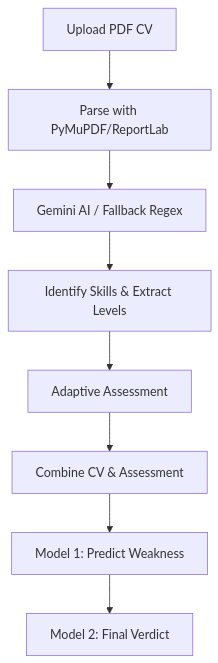
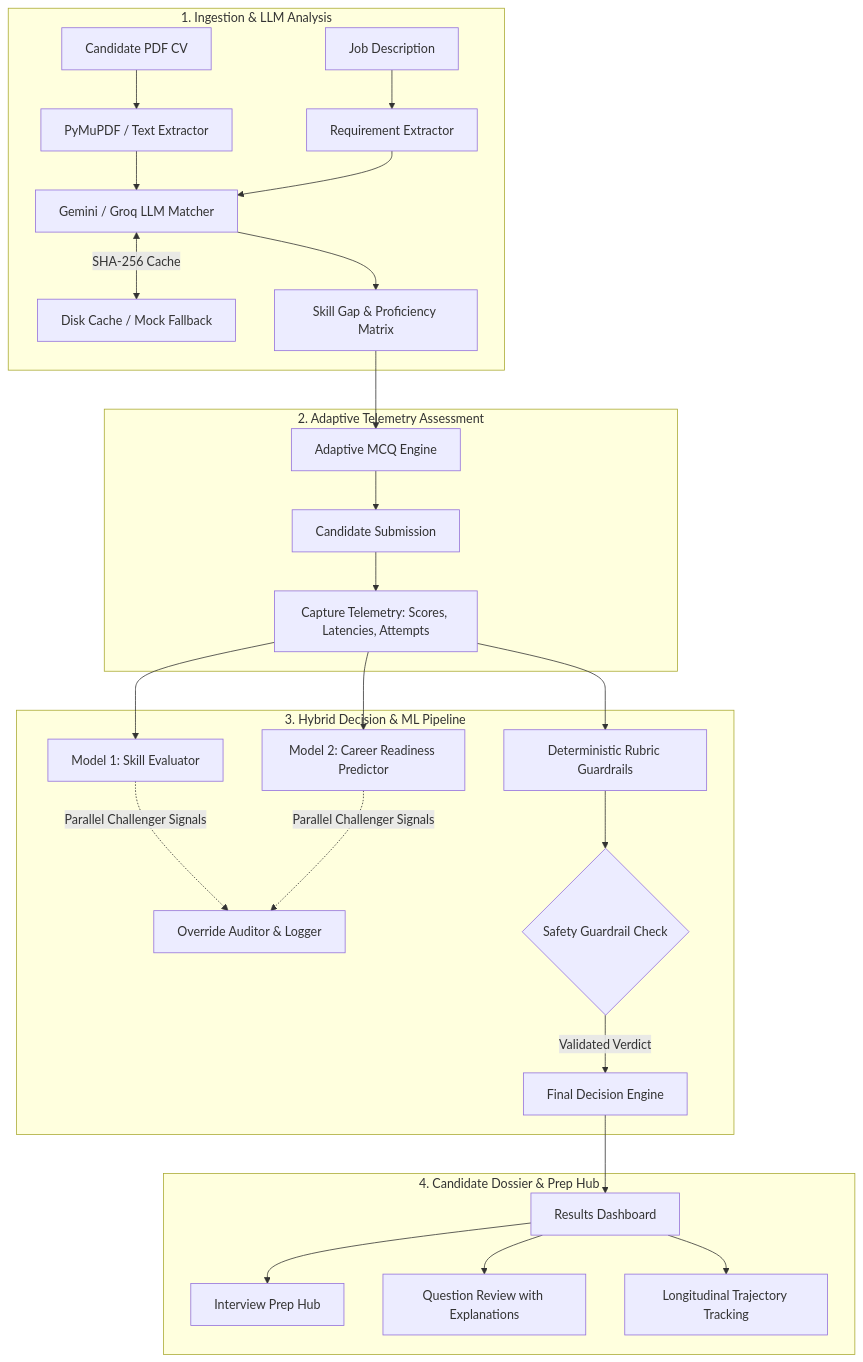
One commit to senu003/career-skill-platform changed the diagram in README.md. Above: the diagram before and after it, drawn with Mermaid. The commit also changed other lines of this file and 52 other files, not shown here.

Commit message:
feat: complete skill match table, interview prep hub, assessment review flow, and migration runner hardening

````diff
--- a/README.md
+++ b/README.md
@@ -55,10 +72,32 @@
 ```mermaid
 graph TD
-    A[Upload PDF CV] --> B[Parse with PyMuPDF/ReportLab]
-    B --> C[Gemini AI / Fallback Regex]
-    C --> D[Identify Skills & Extract Levels]
-    D --> E[Adaptive Assessment]
-    E --> F[Combine CV & Assessment]
-    F --> G[Model 1: Predict Weakness]
-    G --> H[Model 2: Final Verdict]
+    subgraph Ingestion ["1. Ingestion & LLM Analysis"]
+        A[Candidate PDF CV] --> B[PyMuPDF / Text Extractor]
+        C[Job Description] --> D[Requirement Extractor]
+        B & D --> E[Gemini / Groq LLM Matcher]
+        E <-->|SHA-256 Cache| EC[Disk Cache / Mock Fallback]
+        E --> F[Skill Gap & Proficiency Matrix]
+    end
+
+    subgraph Assessment ["2. Adaptive Telemetry Assessment"]
+        F --> G[Adaptive MCQ Engine]
+        G --> H[Candidate Submission]
+        H --> I[Capture Telemetry: Scores, Latencies, Attempts]
+    end
+
+    subgraph HybridEngine ["3. Hybrid Decision & ML Pipeline"]
+        I --> J[Deterministic Rubric Guardrails]
+        I --> K[Model 1: Skill Evaluator]
+        I --> L[Model 2: Career Readiness Predictor]
+        K & L -.->|Parallel Challenger Signals| M[Override Auditor & Logger]
+        J --> N{Safety Guardrail Check}
+        N -->|Validated Verdict| O[Final Decision Engine]
+    end
+
+    subgraph Presentation ["4. Candidate Dossier & Prep Hub"]
+        O --> P[Results Dashboard]
+        P --> Q[Interview Prep Hub]
+        P --> R[Question Review with Explanations]
+        P --> S[Longitudinal Trajectory Tracking]
+    end
 ```
````
